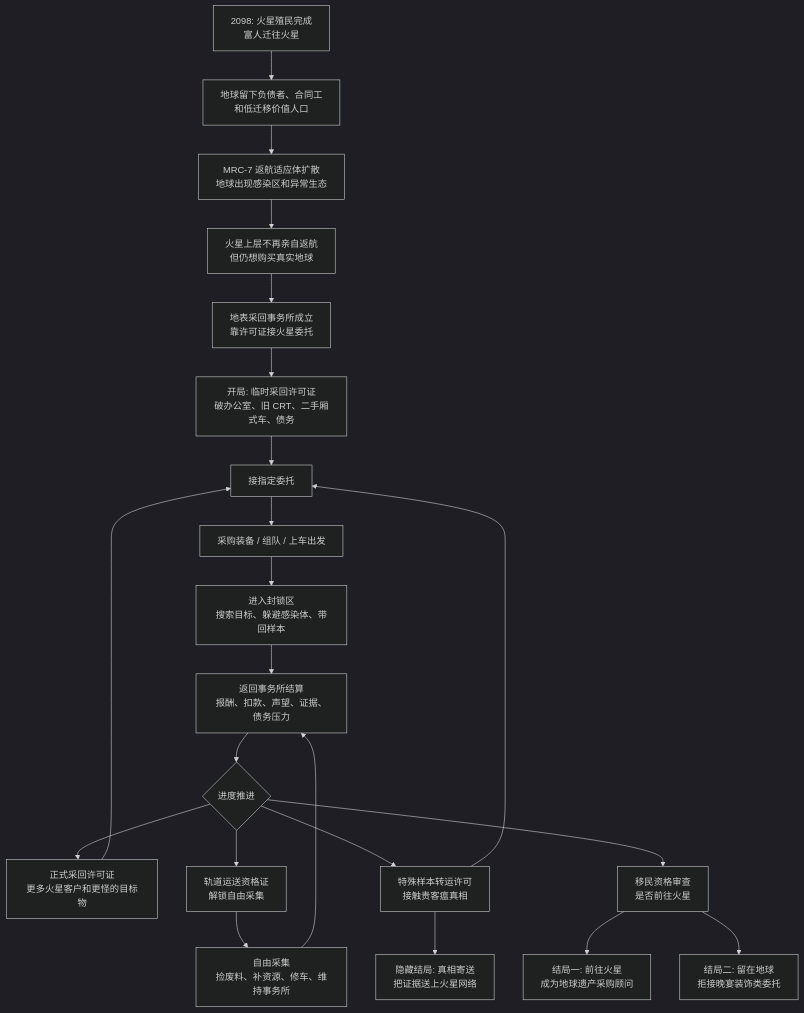
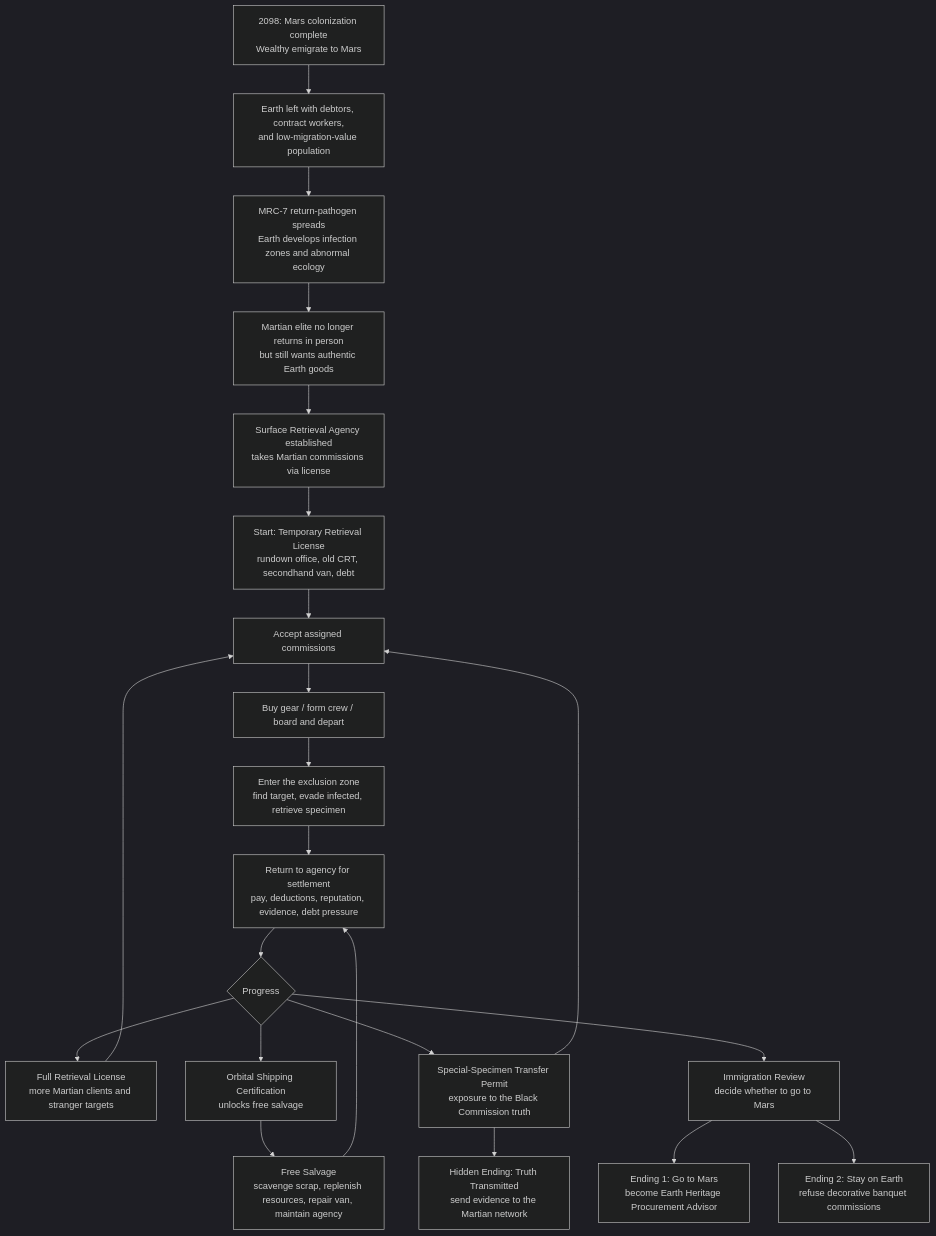
One commit to DarkGameHub/BlackCommission changed the diagram in README.md. Above: the diagram before and after it, drawn with Mermaid (dark theme).

Commit message:
docs: translate README mermaid diagram from Chinese to English
All node labels in the Core Loop Diagram flowchart converted to English.
The diagram covers the 2098 world history, license progression stages,
free salvage loop, and all three endings.

````diff
--- a/README.md
+++ b/README.md
@@ -21,29 +21,29 @@
 ```mermaid
 flowchart TD
-    A[2098: 火星殖民完成<br/>富人迁往火星] --> B[地球留下负债者、合同工<br/>和低迁移价值人口]
-    B --> C[MRC-7 返航适应体扩散<br/>地球出现感染区和异常生态]
-    C --> D[火星上层不再亲自返航<br/>但仍想购买真实地球]
-    D --> E[地表采回事务所成立<br/>靠许可证接火星委托]
+    A[2098: Mars colonization complete<br/>Wealthy emigrate to Mars] --> B[Earth left with debtors, contract workers,<br/>and low-migration-value population]
+    B --> C[MRC-7 return-pathogen spreads<br/>Earth develops infection zones and abnormal ecology]
+    C --> D[Martian elite no longer returns in person<br/>but still wants authentic Earth goods]
+    D --> E[Surface Retrieval Agency established<br/>takes Martian commissions via license]
 
-    E --> F[开局: 临时采回许可证<br/>破办公室、旧 CRT、二手厢式车、债务]
-    F --> G[接指定委托]
-    G --> H[采购装备 / 组队 / 上车出发]
-    H --> I[进入封锁区<br/>搜索目标、躲避感染体、带回样本]
-    I --> J[返回事务所结算<br/>报酬、扣款、声望、证据、债务压力]
+    E --> F[Start: Temporary Retrieval License<br/>rundown office, old CRT, secondhand van, debt]
+    F --> G[Accept assigned commissions]
+    G --> H[Buy gear / form crew / board and depart]
+    H --> I[Enter the exclusion zone<br/>find target, evade infected, retrieve specimen]
+    I --> J[Return to agency for settlement<br/>pay, deductions, reputation, evidence, debt pressure]
 
-    J --> K{进度推进}
-    K --> L[正式采回许可证<br/>更多火星客户和更怪的目标物]
-    K --> M[轨道运送资格证<br/>解锁自由采集]
-    K --> N[特殊样本转运许可<br/>接触贵客瘟真相]
-    K --> O[移民资格审查<br/>是否前往火星]
+    J --> K{Progress}
+    K --> L[Full Retrieval License<br/>more Martian clients and stranger targets]
+    K --> M[Orbital Shipping Certification<br/>unlocks free salvage]
+    K --> N[Special-Specimen Transfer Permit<br/>exposure to the Black Commission truth]
+    K --> O[Immigration Review<br/>decide whether to go to Mars]
 
-    M --> P[自由采集<br/>捡废料、补资源、修车、维持事务所]
+    M --> P[Free Salvage<br/>scavenge scrap, replenish resources, repair van, maintain agency]
     P --> J
 
     L --> G
     N --> G
 
-    O --> Q[结局一: 前往火星<br/>成为地球遗产采购顾问]
-    O --> R[结局二: 留在地球<br/>拒接晚宴装饰类委托]
-    N --> S[隐藏结局: 真相寄送<br/>把证据送上火星网络]
+    O --> Q[Ending 1: Go to Mars<br/>become Earth Heritage Procurement Advisor]
+    O --> R[Ending 2: Stay on Earth<br/>refuse decorative banquet commissions]
+    N --> S[Hidden Ending: Truth Transmitted<br/>send evidence to the Martian network]
 ```
````
